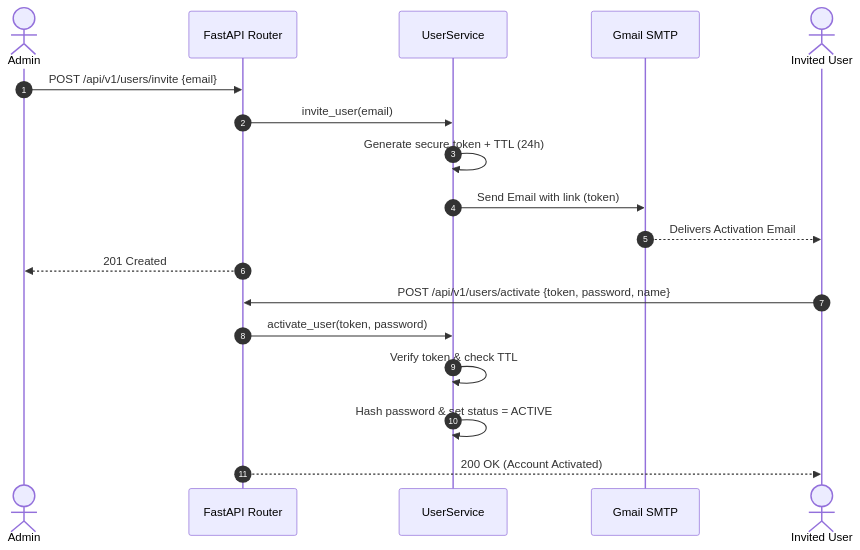
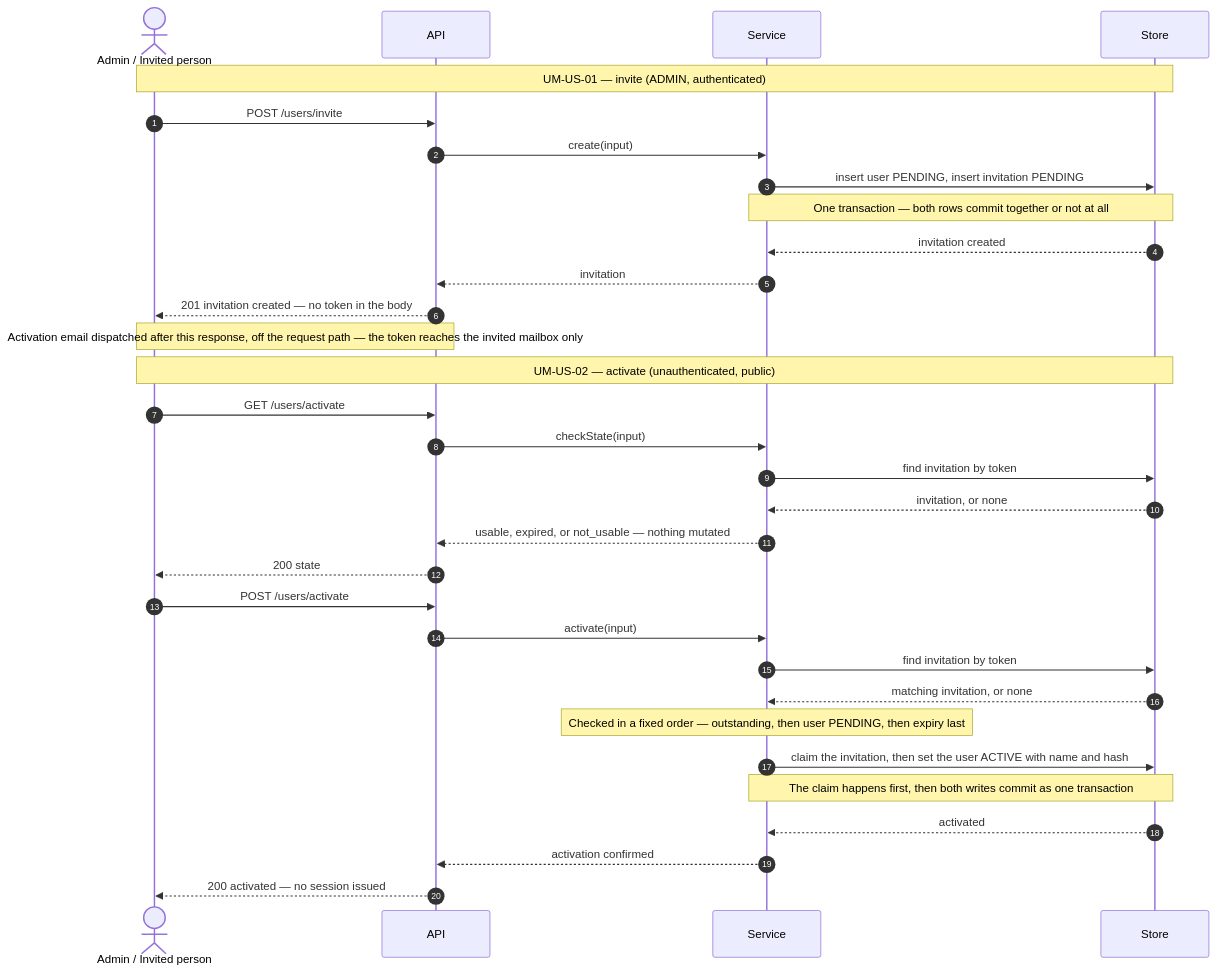
One commit to Viktorious1701/PFM changed the seventh of 7 diagrams in SDS.md. Above: the diagram before and after it, drawn with Mermaid. The commit also changed other lines of this file and 82 other files, not shown here.

````diff
--- a/SDS.md
+++ b/SDS.md
@@ -434,22 +478,36 @@
 ```mermaid
 sequenceDiagram
     autonumber
-    actor Admin
-    participant API as FastAPI Router
-    participant Service as UserService
-    participant SMTP as Gmail SMTP
-    actor User as Invited User
+    actor UI as Admin / Invited person
+    participant API as API
+    participant Svc as Service
+    participant Store as Store
 
-    Admin->>API: POST /api/v1/users/invite {email}
-    API->>Service: invite_user(email)
-    Service->>Service: Generate secure token + TTL (24h)
-    Service->>SMTP: Send Email with link (token)
-    SMTP-->>User: Delivers Activation Email
-    API-->>Admin: 201 Created
+    Note over UI,Store: UM-US-01 — invite (ADMIN, authenticated)
+    UI->>API: POST /users/invite
+    API->>Svc: create(input)
+    Svc->>Store: insert user PENDING, insert invitation PENDING
+    Note over Svc,Store: One transaction — both rows commit together or not at all
+    Store-->>Svc: invitation created
+    Svc-->>API: invitation
+    API-->>UI: 201 invitation created — no token in the body
+    Note over API,UI: Activation email dispatched after this response, off the request path — the token reaches the invited mailbox only
 
-    User->>API: POST /api/v1/users/activate {token, password, name}
-    API->>Service: activate_user(token, password)
-    Service->>Service: Verify token & check TTL
-    Service->>Service: Hash password & set status = ACTIVE
-    API-->>User: 200 OK (Account Activated)
+    Note over UI,Store: UM-US-02 — activate (unauthenticated, public)
+    UI->>API: GET /users/activate
+    API->>Svc: checkState(input)
+    Svc->>Store: find invitation by token
+    Store-->>Svc: invitation, or none
+    Svc-->>API: usable, expired, or not_usable — nothing mutated
+    API-->>UI: 200 state
+    UI->>API: POST /users/activate
+    API->>Svc: activate(input)
+    Svc->>Store: find invitation by token
+    Store-->>Svc: matching invitation, or none
+    Note over Svc: Checked in a fixed order — outstanding, then user PENDING, then expiry last
+    Svc->>Store: claim the invitation, then set the user ACTIVE with name and hash
+    Note over Svc,Store: The claim happens first, then both writes commit as one transaction
+    Store-->>Svc: activated
+    Svc-->>API: activation confirmed
+    API-->>UI: 200 activated — no session issued
 ```
````
